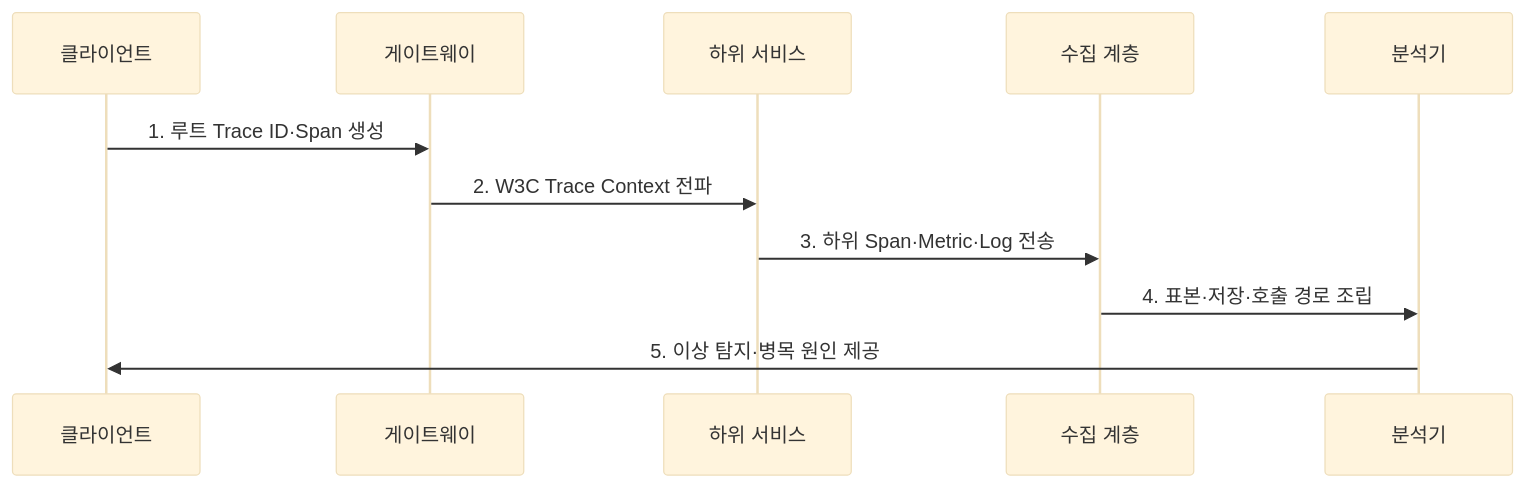
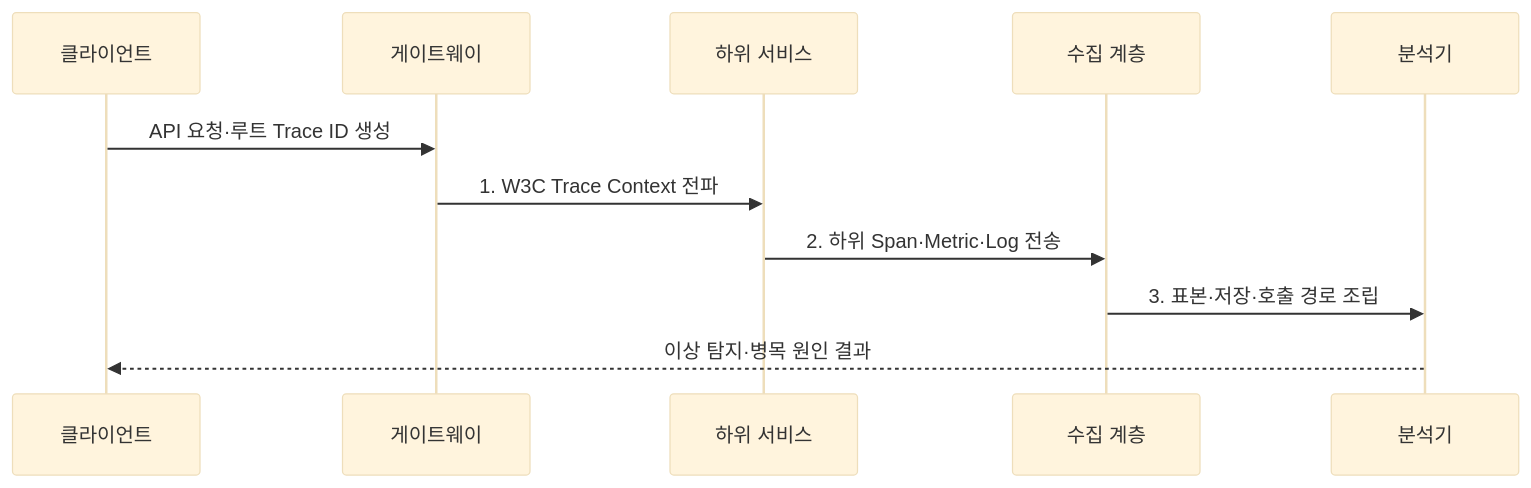
The second of 2 diagrams in src/content/docs/notes/06-evaluation/008_apm_application_performance_management.md (agnusdei1207/knowledge-base), drawn with Mermaid (base theme) before and after one commit. The commit also changed other lines of this file and 20 other files, not shown here.

````diff
--- a/src/content/docs/notes/06-evaluation/008_apm_application_performance_management.md
+++ b/src/content/docs/notes/06-evaluation/008_apm_application_performance_management.md
@@ -81,13 +81,13 @@
 ```mermaid
 sequenceDiagram
   participant C as 클라이언트
   participant G as 게이트웨이
   participant S as 하위 서비스
   participant O as 수집 계층
   participant A as 분석기
-  C->>G: 1. 루트 Trace ID·Span 생성
-  G->>S: 2. W3C Trace Context 전파
-  S->>O: 3. 하위 Span·Metric·Log 전송
-  O->>A: 4. 표본·저장·호출 경로 조립
-  A->>C: 5. 이상 탐지·병목 원인 제공
+  C->>G: API 요청·루트 Trace ID 생성
+  G->>S: 1. W3C Trace Context 전파
+  S->>O: 2. 하위 Span·Metric·Log 전송
+  O->>A: 3. 표본·저장·호출 경로 조립
+  A-->>C: 이상 탐지·병목 원인 결과
 ```
````
